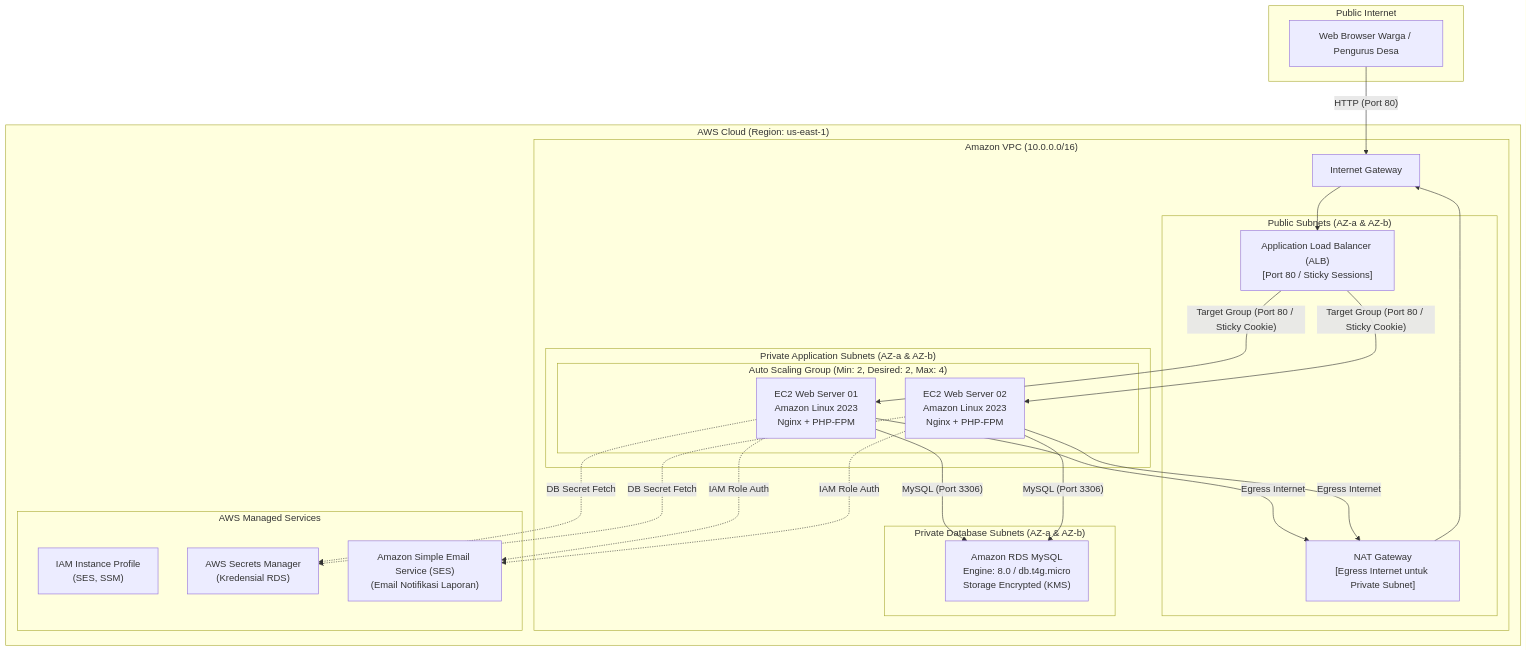
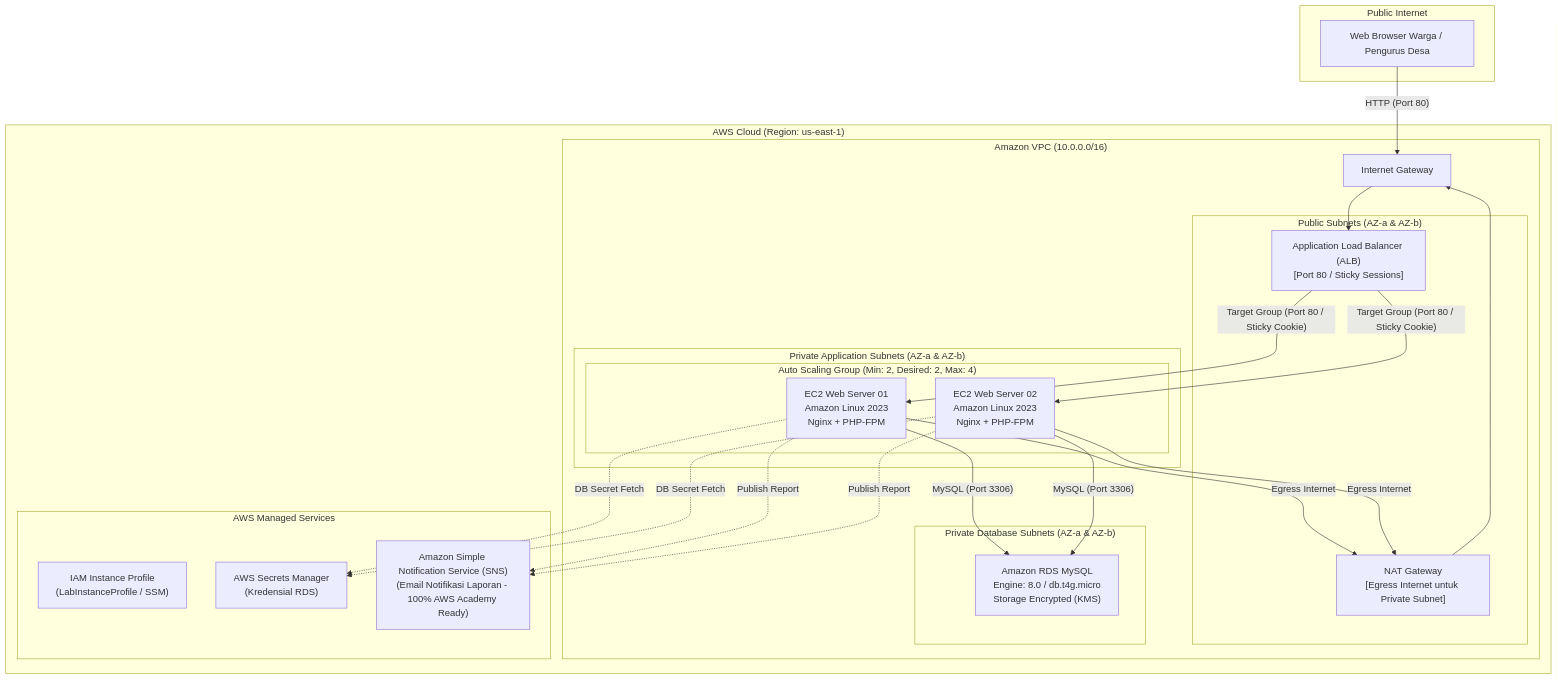
One commit to fendyramadhani9-cloud/terraform-ansible-automated-lab changed the diagram in README.md. Above: the diagram before and after it, drawn with Mermaid. The commit also changed other lines of this file and 9 other files, not shown here.

Commit message:
feat: switch notification pipeline directly to Amazon SNS for AWS Academy Learner Lab compatibility

````diff
--- a/README.md
+++ b/README.md
@@ -26,51 +26,51 @@
 ```mermaid
 flowchart TD
     subgraph Internet["Public Internet"]
         Client["Web Browser Warga / Pengurus Desa"]
     end
 
     subgraph AWS["AWS Cloud (Region: us-east-1)"]
         subgraph VPC["Amazon VPC (10.0.0.0/16)"]
             IGW["Internet Gateway"]
 
             subgraph PublicSubnets["Public Subnets (AZ-a & AZ-b)"]
                 ALB["Application Load Balancer (ALB)\n[Port 80 / Sticky Sessions]"]
                 NATGW["NAT Gateway\n[Egress Internet untuk Private Subnet]"]
             end
 
             subgraph PrivateAppSubnets["Private Application Subnets (AZ-a & AZ-b)"]
                 subgraph ASG["Auto Scaling Group (Min: 2, Desired: 2, Max: 4)"]
                     EC2_A["EC2 Web Server 01\nAmazon Linux 2023\nNginx + PHP-FPM"]
                     EC2_B["EC2 Web Server 02\nAmazon Linux 2023\nNginx + PHP-FPM"]
                 end
             end
 
             subgraph PrivateDBSubnets["Private Database Subnets (AZ-a & AZ-b)"]
                 RDS["Amazon RDS MySQL\nEngine: 8.0 / db.t4g.micro\nStorage Encrypted (KMS)"]
             end
         end
 
         subgraph AWSServices["AWS Managed Services"]
-            IAM["IAM Instance Profile\n(SES, SSM)"]
+            IAM["IAM Instance Profile\n(LabInstanceProfile / SSM)"]
             SEC["AWS Secrets Manager\n(Kredensial RDS)"]
-            SES["Amazon Simple Email Service (SES)\n(Email Notifikasi Laporan)"]
+            SNS["Amazon Simple Notification Service (SNS)\n(Email Notifikasi Laporan - 100% AWS Academy Ready)"]
         end
     end
 
     Client -->|"HTTP (Port 80)"| IGW
     IGW --> ALB
     ALB -->|"Target Group (Port 80 / Sticky Cookie)"| EC2_A
     ALB -->|"Target Group (Port 80 / Sticky Cookie)"| EC2_B
 
     EC2_A -->|"Egress Internet"| NATGW
     EC2_B -->|"Egress Internet"| NATGW
     NATGW --> IGW
 
     EC2_A -->|"MySQL (Port 3306)"| RDS
     EC2_B -->|"MySQL (Port 3306)"| RDS
 
-    EC2_A -.->|"IAM Role Auth"| SES
-    EC2_B -.->|"IAM Role Auth"| SES
+    EC2_A -.->|"Publish Report"| SNS
+    EC2_B -.->|"Publish Report"| SNS
     EC2_A -.->|"DB Secret Fetch"| SEC
     EC2_B -.->|"DB Secret Fetch"| SEC
 ```
````
